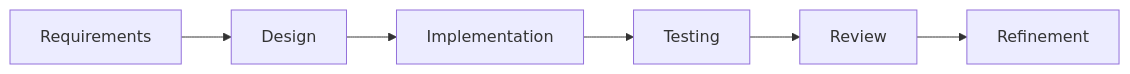
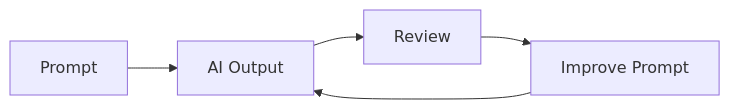
The diagram in chapters/02-ai-assisted-development/07-prompt-engineering-for-software-engineers.md (ashwinkrpi/ai-assisted-development-book), drawn with Mermaid before and after one commit. The commit also changed other lines of this file and 65 other files, not shown here.

````diff
--- a/chapters/02-ai-assisted-development/07-prompt-engineering-for-software-engineers.md
+++ b/chapters/02-ai-assisted-development/07-prompt-engineering-for-software-engineers.md
@@ -95,8 +119,7 @@
-```mermaid
+``` mermaid
 flowchart LR
-A[Requirements] --> B[Design]
-B --> C[Implementation]
-C --> D[Testing]
-D --> E[Review]
-E --> F[Refinement]
+A[Prompt]-->B[AI Output]
+B-->C[Review]
+C-->D[Improve Prompt]
+D-->B
 ```
````
